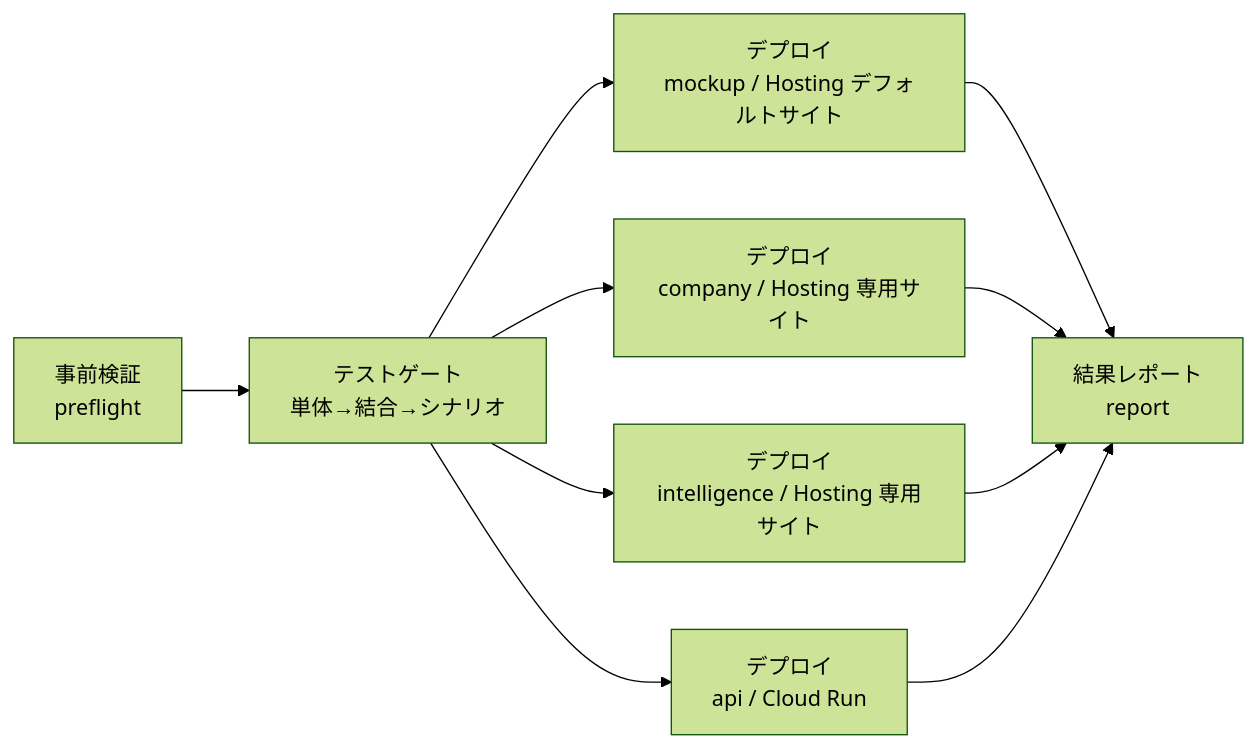
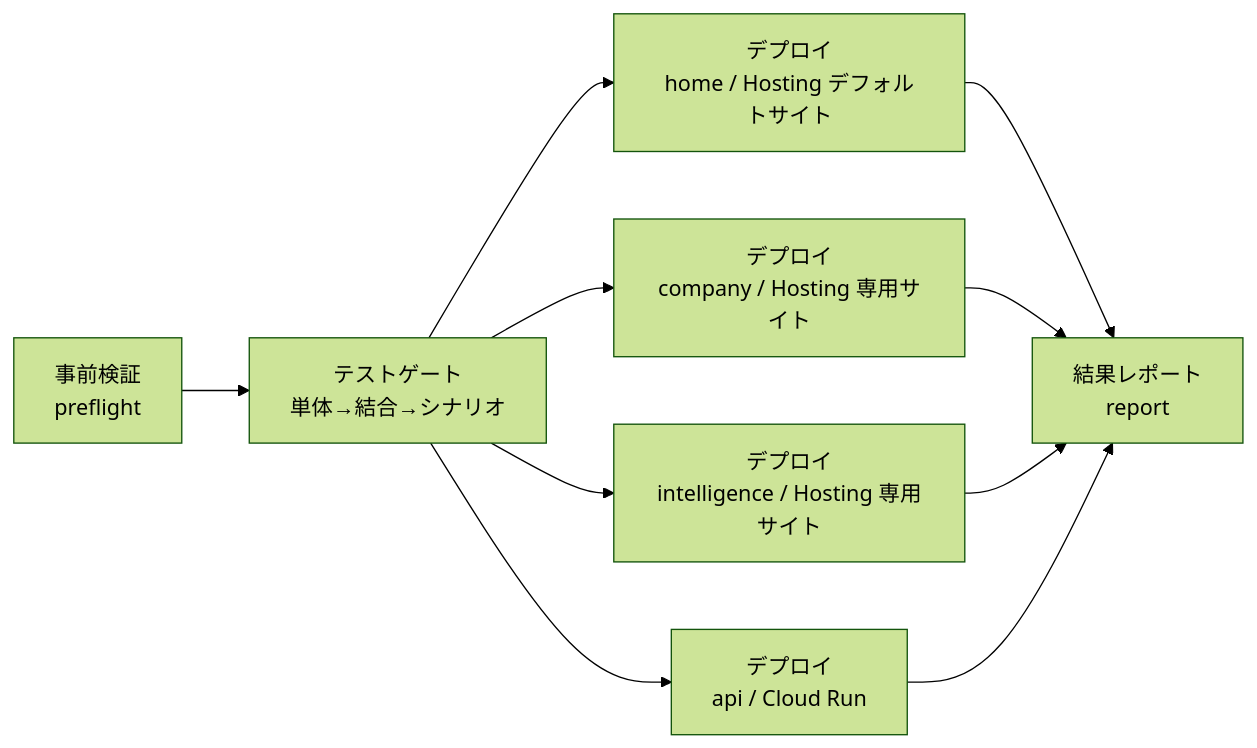
Before and after one commit to TSUNAGUBA/akebono-office: the diagram in .ai-native/outputs/phase7/deploy-guide.md, drawn with Mermaid (forest theme). The commit also changed other lines of this file and 436 other files, not shown here.

First line of the commit message:
メインフロントエンドを mockup/ から home/ へ改名（参照の網羅置換つき）

````diff
--- a/.ai-native/outputs/phase7/deploy-guide.md
+++ b/.ai-native/outputs/phase7/deploy-guide.md
@@ -24,12 +24,12 @@
 ```mermaid
 flowchart LR
   P[事前検証<br/>preflight] --> T[テストゲート<br/>単体→結合→シナリオ]
-  T --> M[デプロイ<br/>mockup / Hosting デフォルトサイト]
+  T --> M[デプロイ<br/>home / Hosting デフォルトサイト]
   T --> C[デプロイ<br/>company / Hosting 専用サイト]
   T --> I[デプロイ<br/>intelligence / Hosting 専用サイト]
   T --> A[デプロイ<br/>api / Cloud Run]
   M --> R[結果レポート<br/>report]
   C --> R
   I --> R
   A --> R
 ```
````
